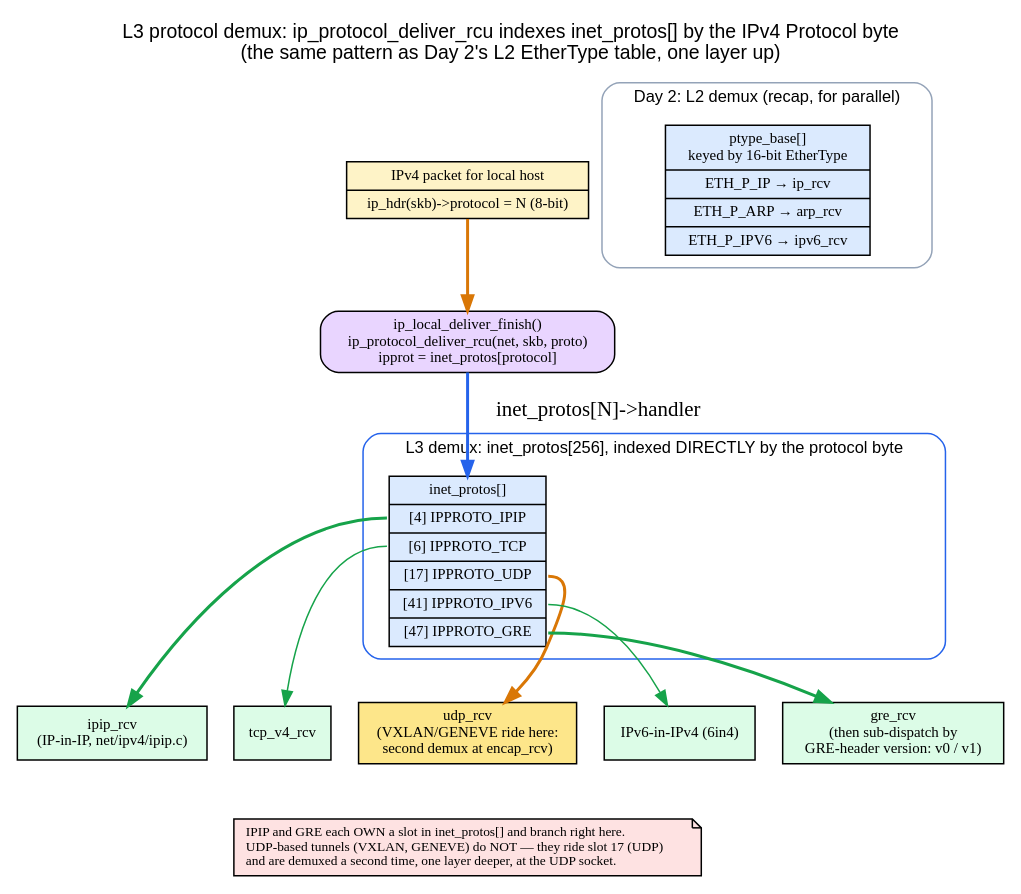
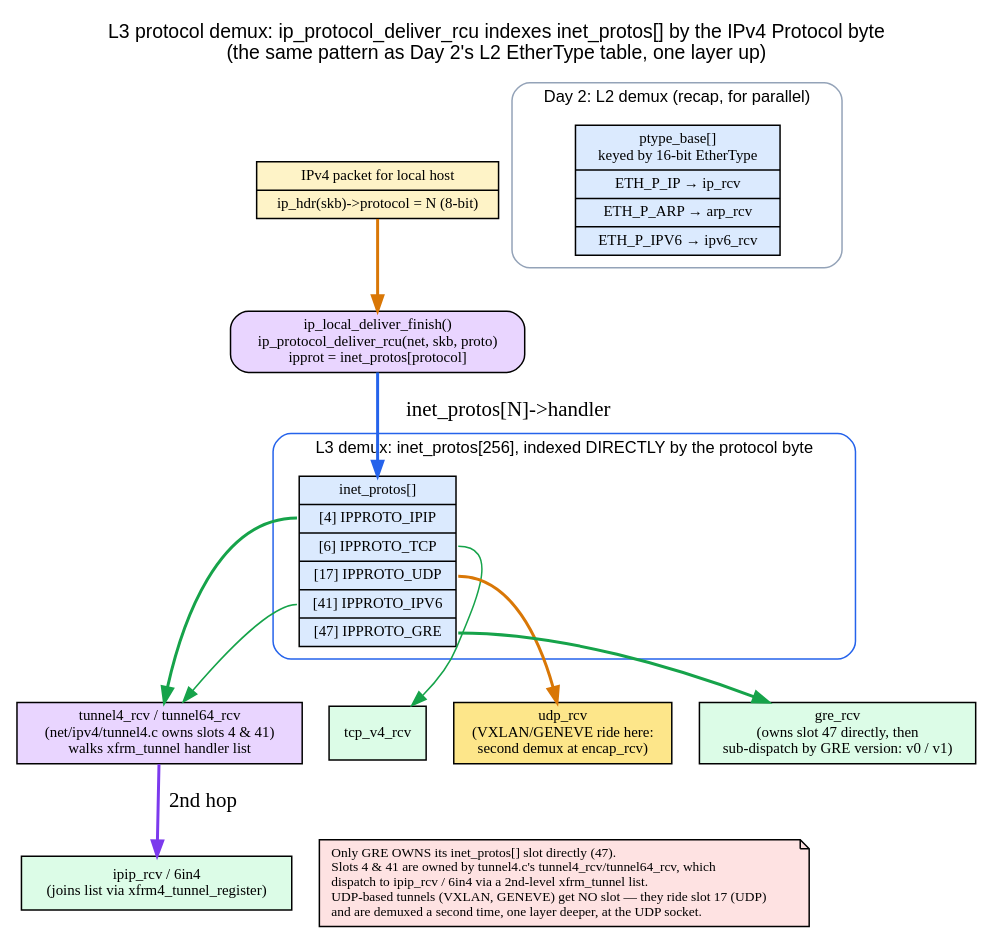
Before and after one commit to biefy/books: the diagram in linux-net/src/diagrams/src/day12_ip_proto_demux.dot, drawn with Graphviz. The commit also changed 1 other file, not shown here.

Commit message:
linux-net Days 12/15: diagram refinements + remove duplicate day15 source
- Day 12: refine the ip_proto_demux diagram (re-rendered).
- Day 15: remove the orphan day15_tcp_states.mmd that duplicated the
  committed .dot source (both now use the kernel's SYN_RECV name); the .dot
  is authoritative and matches the chapter prose.

```diff
--- a/linux-net/src/diagrams/src/day12_ip_proto_demux.dot
+++ b/linux-net/src/diagrams/src/day12_ip_proto_demux.dot
@@ -1,49 +1,50 @@
 digraph ip_proto_demux {
     rankdir=TB;
     labelloc=t;
     label="L3 protocol demux: ip_protocol_deliver_rcu indexes inet_protos[] by the IPv4 Protocol byte\n(the same pattern as Day 2's L2 EtherType table, one layer up)";
     fontname="Helvetica"; fontsize=13;
     node [fontname="Monaco", fontsize=10];
 
     // The two stacked tables, side by side for the "same pattern" message
     skb [shape=record, style="filled", fillcolor="#fef3c7",
          label="{IPv4 packet for local host|ip_hdr(skb)-\>protocol = N (8-bit)}"];
 
     // Day 2 reminder table (L2) — drawn faded to show parallelism
     subgraph cluster_l2 {
         label="Day 2: L2 demux (recap, for parallel)";
         fontname="Helvetica"; fontsize=11; style="rounded"; color="#94a3b8";
         node [shape=record, style="filled", fillcolor="#dbeafe"];
         l2tab [label="{ptype_base[]\nkeyed by 16-bit EtherType|ETH_P_IP → ip_rcv|ETH_P_ARP → arp_rcv|ETH_P_IPV6 → ipv6_rcv}"];
     }
 
     local [shape=box, style="filled,rounded", fillcolor="#e9d5ff",
            label="ip_local_deliver_finish()\nip_protocol_deliver_rcu(net, skb, proto)\nipprot = inet_protos[protocol]"];
     skb -> local [style=bold, color="#d97706"];
 
     // The L3 table: flat array indexed directly by protocol byte
     subgraph cluster_l3 {
         label="L3 demux: inet_protos[256], indexed DIRECTLY by the protocol byte";
         fontname="Helvetica"; fontsize=11; style="rounded"; color="#2563eb";
         node [shape=record, style="filled", fillcolor="#dbeafe"];
         l3tab [label="{inet_protos[]|<p4>[4]  IPPROTO_IPIP|<p6>[6]  IPPROTO_TCP|<p17>[17] IPPROTO_UDP|<p41>[41] IPPROTO_IPV6|<p47>[47] IPPROTO_GRE}"];
     }
     local -> l3tab [style=bold, color="#2563eb", label="inet_protos[N]-\>handler"];
 
     // The handlers
-    ipip   [shape=box, style="filled", fillcolor="#dcfce7", label="ipip_rcv\n(IP-in-IP, net/ipv4/ipip.c)"];
+    tunnel4 [shape=box, style="filled", fillcolor="#e9d5ff", label="tunnel4_rcv / tunnel64_rcv\n(net/ipv4/tunnel4.c owns slots 4 & 41)\nwalks xfrm_tunnel handler list"];
+    ipip   [shape=box, style="filled", fillcolor="#dcfce7", label="ipip_rcv / 6in4\n(joins list via xfrm4_tunnel_register)"];
     tcp    [shape=box, style="filled", fillcolor="#dcfce7", label="tcp_v4_rcv"];
     udp    [shape=box, style="filled", fillcolor="#fde68a", label="udp_rcv\n(VXLAN/GENEVE ride here:\nsecond demux at encap_rcv)"];
-    sixin4 [shape=box, style="filled", fillcolor="#dcfce7", label="IPv6-in-IPv4 (6in4)"];
-    gre    [shape=box, style="filled", fillcolor="#dcfce7", label="gre_rcv\n(then sub-dispatch by\nGRE-header version: v0 / v1)"];
+    gre    [shape=box, style="filled", fillcolor="#dcfce7", label="gre_rcv\n(owns slot 47 directly, then\nsub-dispatch by GRE version: v0 / v1)"];
 
-    l3tab:p4  -> ipip   [style=bold, color="#16a34a"];
+    l3tab:p4  -> tunnel4 [style=bold, color="#16a34a"];
+    l3tab:p41 -> tunnel4 [color="#16a34a"];
+    tunnel4   -> ipip    [style=bold, color="#7c3aed", label="2nd hop"];
     l3tab:p6  -> tcp    [color="#16a34a"];
     l3tab:p17 -> udp    [style=bold, color="#d97706"];
-    l3tab:p41 -> sixin4 [color="#16a34a"];
     l3tab:p47 -> gre    [style=bold, color="#16a34a"];
 
     note [shape=note, style="filled", fillcolor="#fee2e2", fontsize=9,
-          label="IPIP and GRE each OWN a slot in inet_protos[] and branch right here.\lUDP-based tunnels (VXLAN, GENEVE) do NOT — they ride slot 17 (UDP)\land are demuxed a second time, one layer deeper, at the UDP socket.\l"];
+          label="Only GRE OWNS its inet_protos[] slot directly (47).\lSlots 4 & 41 are owned by tunnel4.c's tunnel4_rcv/tunnel64_rcv, which\ldispatch to ipip_rcv / 6in4 via a 2nd-level xfrm_tunnel list.\lUDP-based tunnels (VXLAN, GENEVE) get NO slot — they ride slot 17 (UDP)\land are demuxed a second time, one layer deeper, at the UDP socket.\l"];
     udp -> note [style=invis];
 }
```
